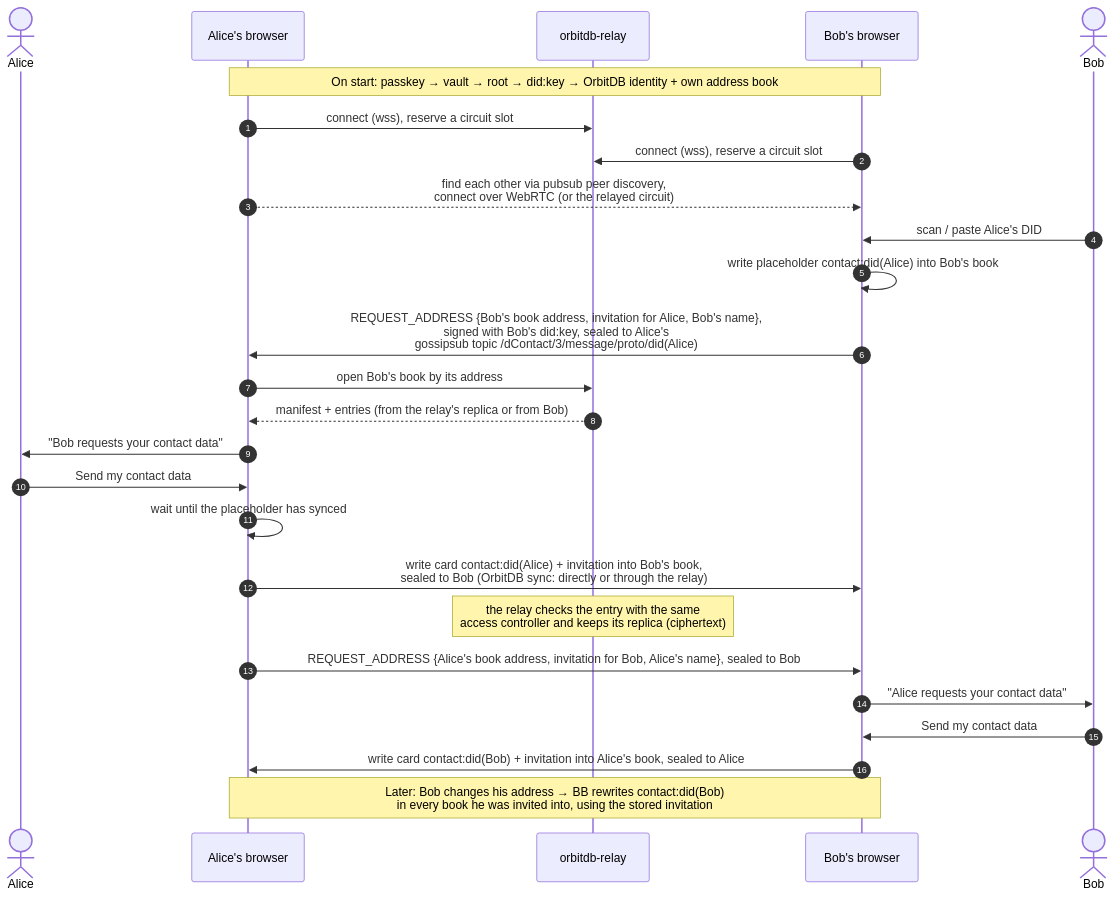
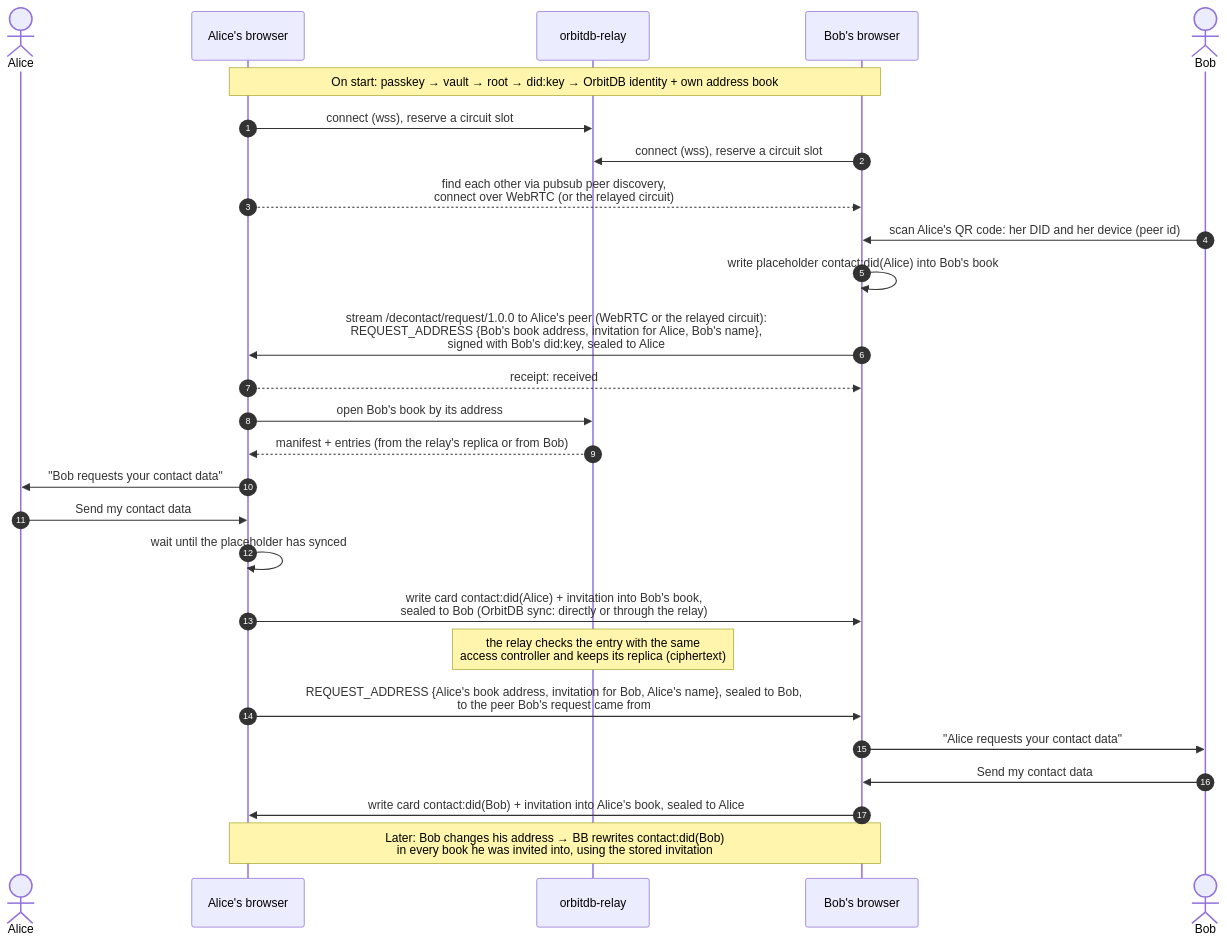
Before and after one commit to NiKrause/deContact: the fourth of 5 diagrams in docs/how-it-works.md, drawn with Mermaid. The commit also changed other lines of this file and 23 other files, not shown here.

First line of the commit message:
feat: contact requests go peer to peer, on deContact's own libp2p protocol

````diff
--- a/docs/how-it-works.md
+++ b/docs/how-it-works.md
@@ -171,33 +171,34 @@
 ```mermaid
 sequenceDiagram
     autonumber
     actor Alice
     participant AB as Alice's browser
     participant R as orbitdb-relay
     participant BB as Bob's browser
     actor Bob
 
     Note over AB,BB: On start: passkey → vault → root → did:key → OrbitDB identity + own address book
     AB->>R: connect (wss), reserve a circuit slot
     BB->>R: connect (wss), reserve a circuit slot
     AB-->>BB: find each other via pubsub peer discovery,<br/>connect over WebRTC (or the relayed circuit)
 
-    Bob->>BB: scan / paste Alice's DID
+    Bob->>BB: scan Alice's QR code: her DID and her device (peer id)
     BB->>BB: write placeholder contact:did(Alice) into Bob's book
-    BB->>AB: REQUEST_ADDRESS {Bob's book address, invitation for Alice, Bob's name},<br/>signed with Bob's did:key, sealed to Alice's<br/>gossipsub topic /dContact/3/message/proto/did(Alice)
+    BB->>AB: stream /decontact/request/1.0.0 to Alice's peer (WebRTC or the relayed circuit):<br/>REQUEST_ADDRESS {Bob's book address, invitation for Alice, Bob's name},<br/>signed with Bob's did:key, sealed to Alice
+    AB-->>BB: receipt: received
 
     AB->>R: open Bob's book by its address
     R-->>AB: manifest + entries (from the relay's replica or from Bob)
     AB->>Alice: "Bob requests your contact data"
     Alice->>AB: Send my contact data
     AB->>AB: wait until the placeholder has synced
     AB->>BB: write card contact:did(Alice) + invitation into Bob's book,<br/>sealed to Bob (OrbitDB sync: directly or through the relay)
     Note over R: the relay checks the entry with the same<br/>access controller and keeps its replica (ciphertext)
 
-    AB->>BB: REQUEST_ADDRESS {Alice's book address, invitation for Bob, Alice's name}, sealed to Bob
+    AB->>BB: REQUEST_ADDRESS {Alice's book address, invitation for Bob, Alice's name}, sealed to Bob,<br/>to the peer Bob's request came from
     BB->>Bob: "Alice requests your contact data"
     Bob->>BB: Send my contact data
     BB->>AB: write card contact:did(Bob) + invitation into Alice's book, sealed to Alice
 
     Note over AB,BB: Later: Bob changes his address → BB rewrites contact:did(Bob)<br/>in every book he was invited into, using the stored invitation
 ```
````
